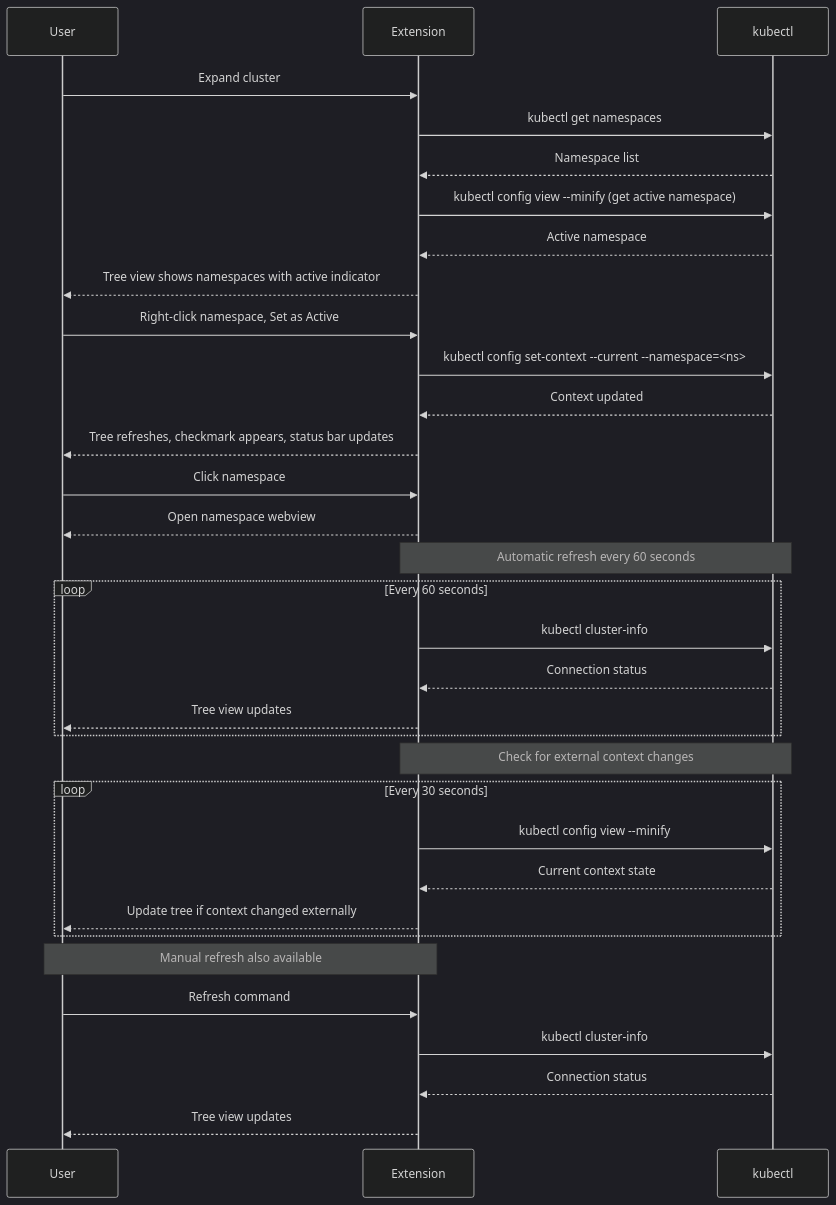
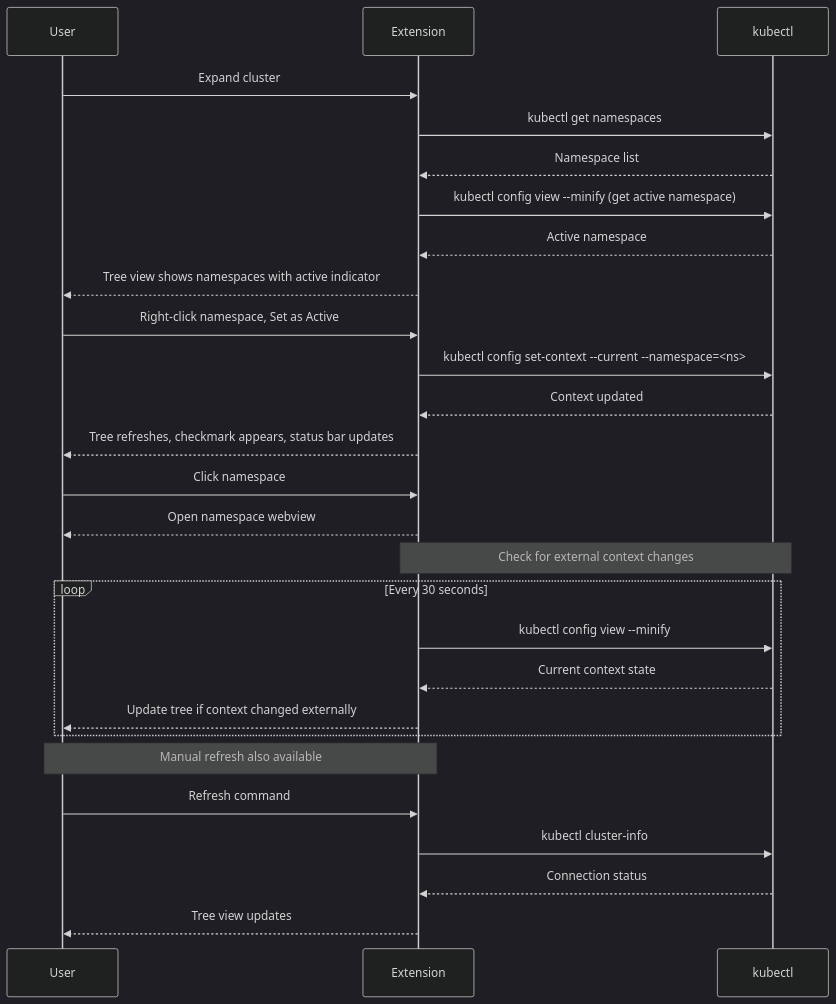
The second of 2 diagrams in ai/specs/tree/tree-view-spec.spec.md (alto9/kube9-vscode), drawn with Mermaid (dark theme) before and after one commit. The commit also changed other lines of this file and 26 other files, not shown here.

````diff
--- a/ai/specs/tree/tree-view-spec.spec.md
+++ b/ai/specs/tree/tree-view-spec.spec.md
@@ -83,41 +83,34 @@
 ```mermaid
 sequenceDiagram
     participant User
     participant Extension
     participant kubectl
 
     User->>Extension: Expand cluster
     Extension->>kubectl: kubectl get namespaces
     kubectl-->>Extension: Namespace list
     Extension->>kubectl: kubectl config view --minify (get active namespace)
     kubectl-->>Extension: Active namespace
     Extension-->>User: Tree view shows namespaces with active indicator
 
     User->>Extension: Right-click namespace, Set as Active
     Extension->>kubectl: kubectl config set-context --current --namespace=<ns>
     kubectl-->>Extension: Context updated
     Extension-->>User: Tree refreshes, checkmark appears, status bar updates
 
     User->>Extension: Click namespace
     Extension-->>User: Open namespace webview
     
-    Note over Extension,kubectl: Automatic refresh every 60 seconds
-    loop Every 60 seconds
-        Extension->>kubectl: kubectl cluster-info
-        kubectl-->>Extension: Connection status
-        Extension-->>User: Tree view updates
-    end
-    
     Note over Extension,kubectl: Check for external context changes
     loop Every 30 seconds
         Extension->>kubectl: kubectl config view --minify
         kubectl-->>Extension: Current context state
         Extension-->>User: Update tree if context changed externally
     end
     
     Note over User,Extension: Manual refresh also available
     User->>Extension: Refresh command
     Extension->>kubectl: kubectl cluster-info
     kubectl-->>Extension: Connection status
     Extension-->>User: Tree view updates
 ```
````
